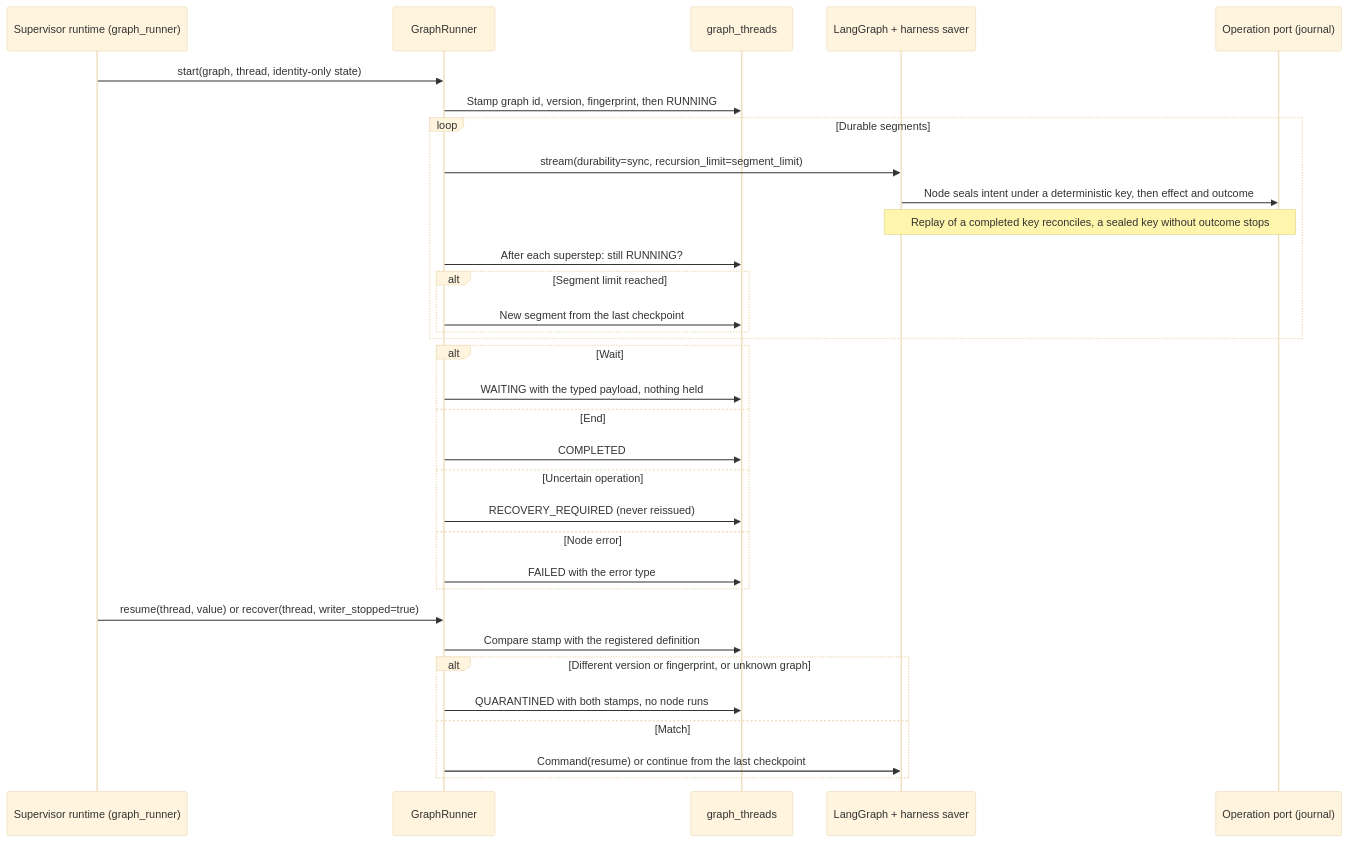
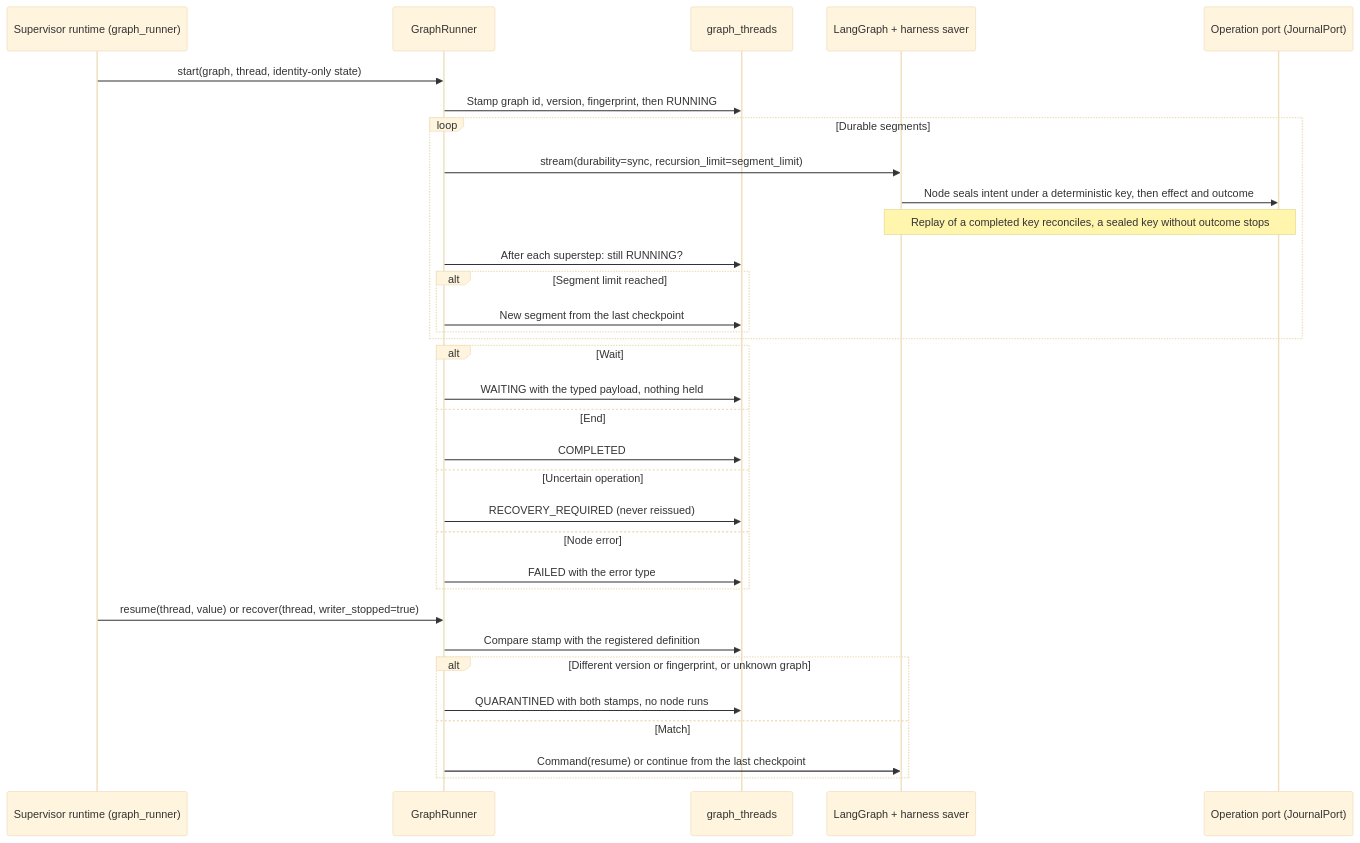
Before and after one commit to AcostaDDev/my-harness: the diagram in docs/flows/graph-continuation.md, drawn with Mermaid (base theme). The commit also changed other lines of this file and 39 other files, not shown here.

````diff
--- a/docs/flows/graph-continuation.md
+++ b/docs/flows/graph-continuation.md
@@ -10,35 +10,35 @@
 ```mermaid
 sequenceDiagram
     participant S as Supervisor runtime (graph_runner)
     participant R as GraphRunner
     participant T as graph_threads
     participant G as LangGraph + harness saver
-    participant J as Operation port (journal)
+    participant J as Operation port (JournalPort)
     S->>R: start(graph, thread, identity-only state)
     R->>T: Stamp graph id, version, fingerprint, then RUNNING
     loop Durable segments
         R->>G: stream(durability=sync, recursion_limit=segment_limit)
         G->>J: Node seals intent under a deterministic key, then effect and outcome
         Note over G,J: Replay of a completed key reconciles, a sealed key without outcome stops
         R->>T: After each superstep: still RUNNING?
         alt Segment limit reached
             R->>T: New segment from the last checkpoint
         end
     end
     alt Wait
         R->>T: WAITING with the typed payload, nothing held
     else End
         R->>T: COMPLETED
     else Uncertain operation
         R->>T: RECOVERY_REQUIRED (never reissued)
     else Node error
         R->>T: FAILED with the error type
     end
     S->>R: resume(thread, value) or recover(thread, writer_stopped=true)
     R->>T: Compare stamp with the registered definition
     alt Different version or fingerprint, or unknown graph
         R->>T: QUARANTINED with both stamps, no node runs
     else Match
         R->>G: Command(resume) or continue from the last checkpoint
     end
 ```
````
